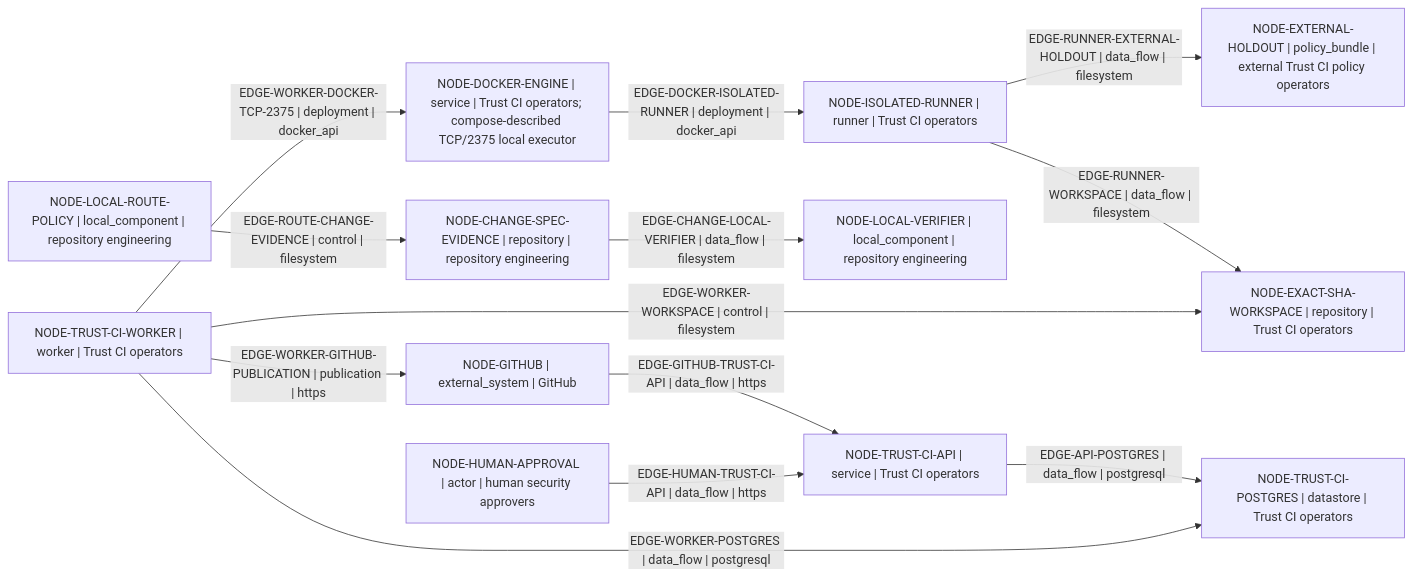
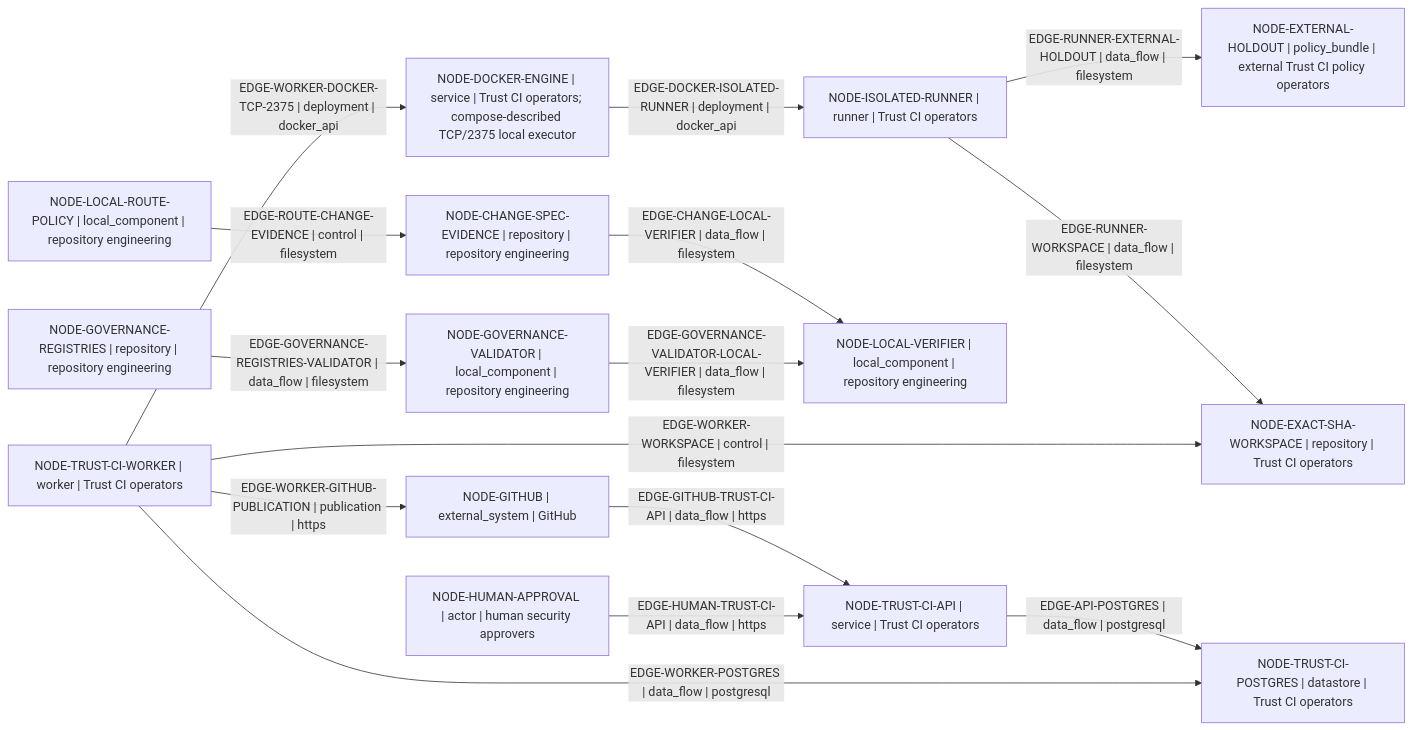
Before and after one commit to Dimkox/adaptive-grok-build-pro: the diagram in architecture/generated/container.mmd, drawn with Mermaid. The commit also changed 10 other files, not shown here.

Commit message:
feat: model controlled governance architecture

```diff
--- a/architecture/generated/container.mmd
+++ b/architecture/generated/container.mmd
@@ -1,25 +1,29 @@
 flowchart LR
   node_8938bd3db1932751["NODE-CHANGE-SPEC-EVIDENCE | repository | repository engineering"]
   node_4e78270f61d78ed8["NODE-DOCKER-ENGINE | service | Trust CI operators; compose-described TCP/2375 local executor"]
   node_2e8a7072de3f3743["NODE-EXACT-SHA-WORKSPACE | repository | Trust CI operators"]
   node_0a0fe2f046a648e9["NODE-EXTERNAL-HOLDOUT | policy_bundle | external Trust CI policy operators"]
   node_8b8a8cd21b180532["NODE-GITHUB | external_system | GitHub"]
+  node_dfd1104494c6ab8f["NODE-GOVERNANCE-REGISTRIES | repository | repository engineering"]
+  node_23677f8757246623["NODE-GOVERNANCE-VALIDATOR | local_component | repository engineering"]
   node_e4e37173e410ad23["NODE-HUMAN-APPROVAL | actor | human security approvers"]
   node_1c3a10ba26a8e80d["NODE-ISOLATED-RUNNER | runner | Trust CI operators"]
   node_770cf3a1783e8525["NODE-LOCAL-ROUTE-POLICY | local_component | repository engineering"]
   node_23bed8fcbfc79861["NODE-LOCAL-VERIFIER | local_component | repository engineering"]
   node_d0e570b2fbe52f98["NODE-TRUST-CI-API | service | Trust CI operators"]
   node_1a6c7efb2d08591b["NODE-TRUST-CI-POSTGRES | datastore | Trust CI operators"]
   node_070dda93443dcc1f["NODE-TRUST-CI-WORKER | worker | Trust CI operators"]
   node_d0e570b2fbe52f98 -->|"EDGE-API-POSTGRES | data_flow | postgresql"| node_1a6c7efb2d08591b
   node_8938bd3db1932751 -->|"EDGE-CHANGE-LOCAL-VERIFIER | data_flow | filesystem"| node_23bed8fcbfc79861
   node_4e78270f61d78ed8 -->|"EDGE-DOCKER-ISOLATED-RUNNER | deployment | docker_api"| node_1c3a10ba26a8e80d
   node_8b8a8cd21b180532 -->|"EDGE-GITHUB-TRUST-CI-API | data_flow | https"| node_d0e570b2fbe52f98
+  node_dfd1104494c6ab8f -->|"EDGE-GOVERNANCE-REGISTRIES-VALIDATOR | data_flow | filesystem"| node_23677f8757246623
+  node_23677f8757246623 -->|"EDGE-GOVERNANCE-VALIDATOR-LOCAL-VERIFIER | data_flow | filesystem"| node_23bed8fcbfc79861
   node_e4e37173e410ad23 -->|"EDGE-HUMAN-TRUST-CI-API | data_flow | https"| node_d0e570b2fbe52f98
   node_770cf3a1783e8525 -->|"EDGE-ROUTE-CHANGE-EVIDENCE | control | filesystem"| node_8938bd3db1932751
   node_1c3a10ba26a8e80d -->|"EDGE-RUNNER-EXTERNAL-HOLDOUT | data_flow | filesystem"| node_0a0fe2f046a648e9
   node_1c3a10ba26a8e80d -->|"EDGE-RUNNER-WORKSPACE | data_flow | filesystem"| node_2e8a7072de3f3743
   node_070dda93443dcc1f -->|"EDGE-WORKER-DOCKER-TCP-2375 | deployment | docker_api"| node_4e78270f61d78ed8
   node_070dda93443dcc1f -->|"EDGE-WORKER-GITHUB-PUBLICATION | publication | https"| node_8b8a8cd21b180532
   node_070dda93443dcc1f -->|"EDGE-WORKER-POSTGRES | data_flow | postgresql"| node_1a6c7efb2d08591b
   node_070dda93443dcc1f -->|"EDGE-WORKER-WORKSPACE | control | filesystem"| node_2e8a7072de3f3743
```
